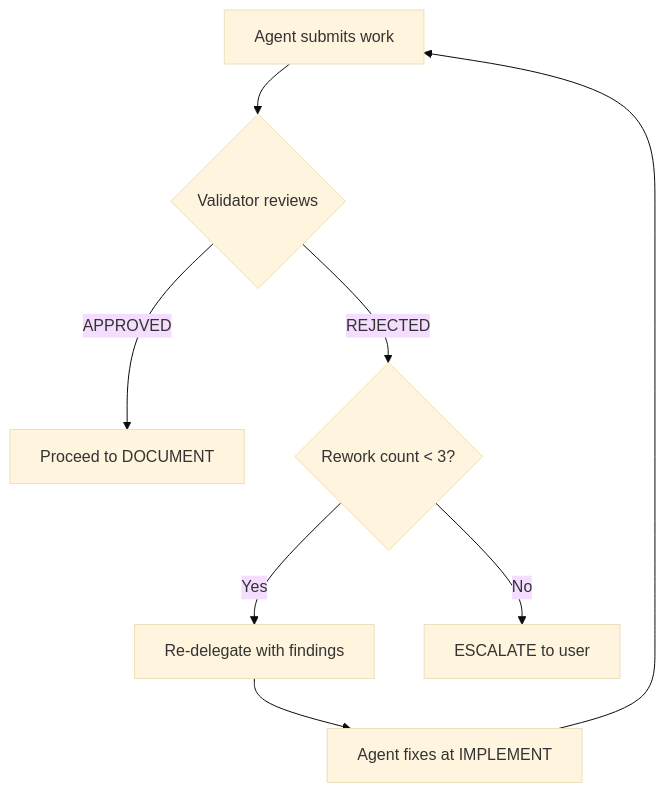
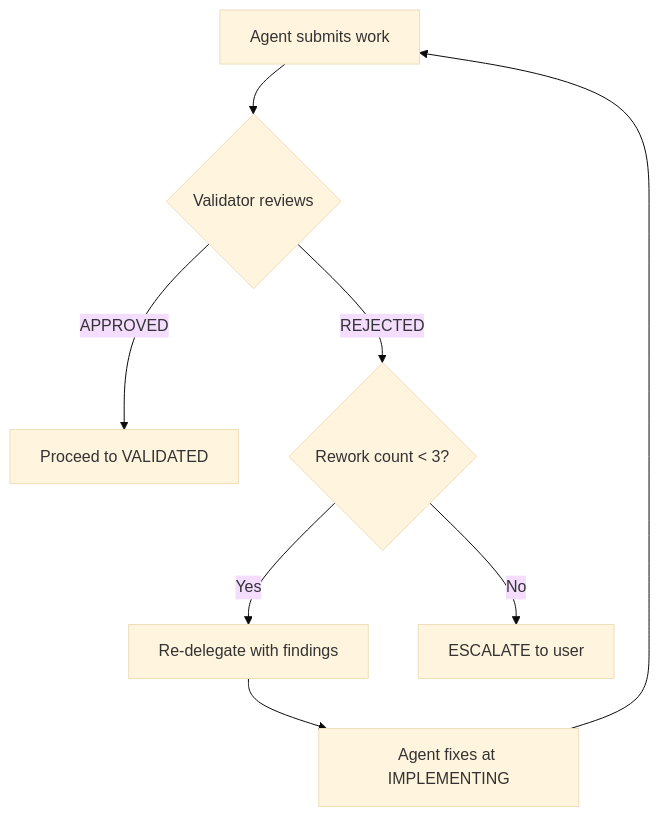
The fifth of 5 diagrams in .github/ARCHITECTURE.md (ReaperOAK/vibecoding), drawn with Mermaid (base theme) before and after one commit. The commit also changed other lines of this file and 14 other files, not shown here.

````diff
--- a/.github/ARCHITECTURE.md
+++ b/.github/ARCHITECTURE.md
@@ -841,10 +1000,10 @@
 ```mermaid
 flowchart TD
     A[Agent submits work] --> B{Validator reviews}
-    B -->|APPROVED| C[Proceed to DOCUMENT]
+    B -->|APPROVED| C[Proceed to VALIDATED]
     B -->|REJECTED| D{Rework count < 3?}
     D -->|Yes| E[Re-delegate with findings]
-    E --> F[Agent fixes at IMPLEMENT]
+    E --> F[Agent fixes at IMPLEMENTING]
     F --> A
     D -->|No| G[ESCALATE to user]
 ```
````
